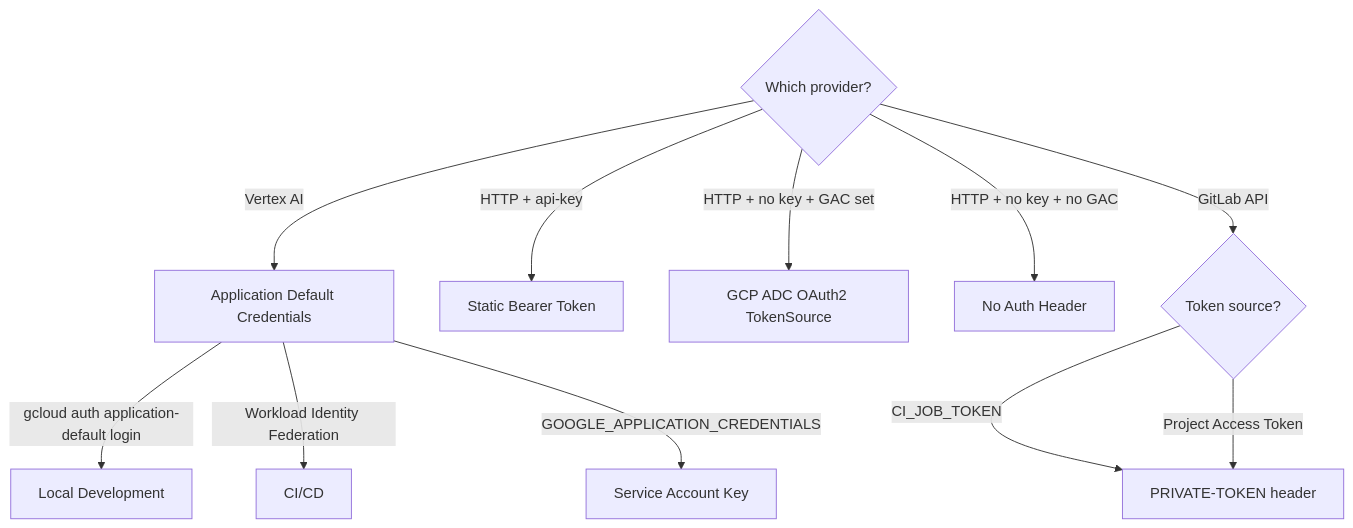
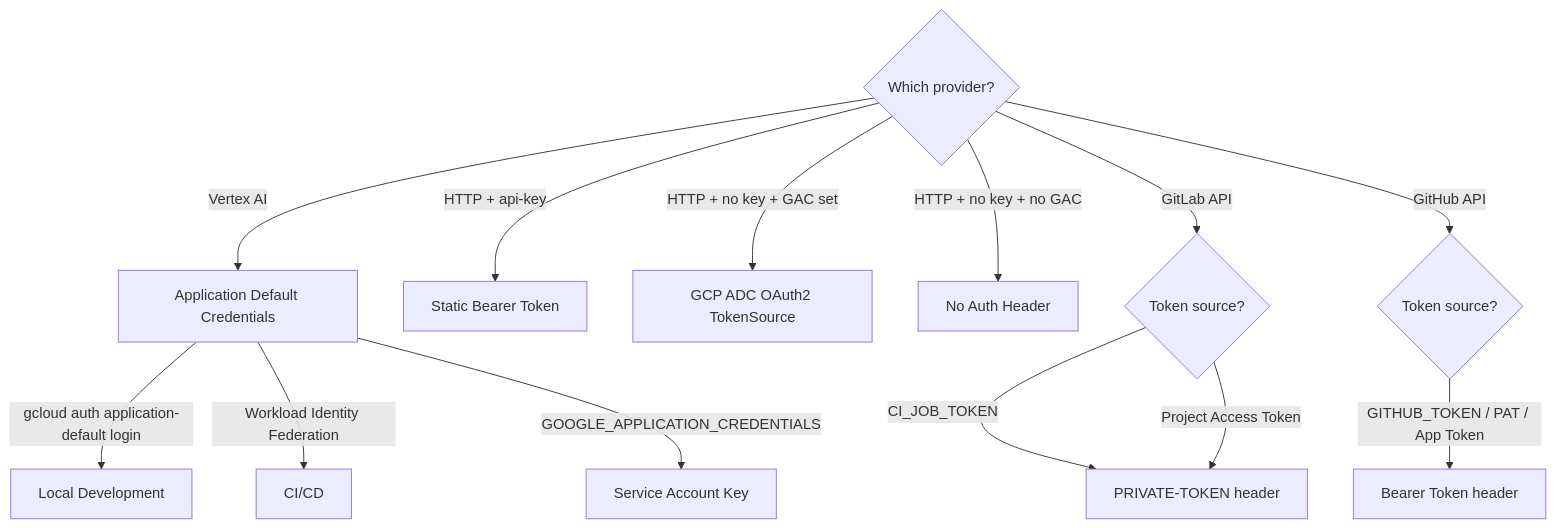
One commit to OpticDiff/code-reviewer changed the fourth of 4 diagrams in docs/ARCHITECTURE.md. Above: the diagram before and after it, drawn with Mermaid. The commit also changed other lines of this file and 8 other files, not shown here.

Commit message:
docs: add composite action.yml and update v0.26.0 examples and architecture docs

````diff
--- a/docs/ARCHITECTURE.md
+++ b/docs/ARCHITECTURE.md
@@ -481,14 +517,16 @@
 ```mermaid
 flowchart TD
     A{Which provider?} -->|Vertex AI| B[Application Default Credentials]
     A -->|HTTP + api-key| C[Static Bearer Token]
     A -->|HTTP + no key + GAC set| D[GCP ADC OAuth2 TokenSource]
     A -->|HTTP + no key + no GAC| E[No Auth Header]
     A -->|GitLab API| F{Token source?}
     F -->|CI_JOB_TOKEN| G[PRIVATE-TOKEN header]
     F -->|Project Access Token| G
+    A -->|GitHub API| H{Token source?}
+    H -->|GITHUB_TOKEN / PAT / App Token| I[Bearer Token header]
 
     B -->|"gcloud auth application-default login"| B1[Local Development]
     B -->|"Workload Identity Federation"| B2[CI/CD]
     B -->|"GOOGLE_APPLICATION_CREDENTIALS"| B3[Service Account Key]
 ```
````
